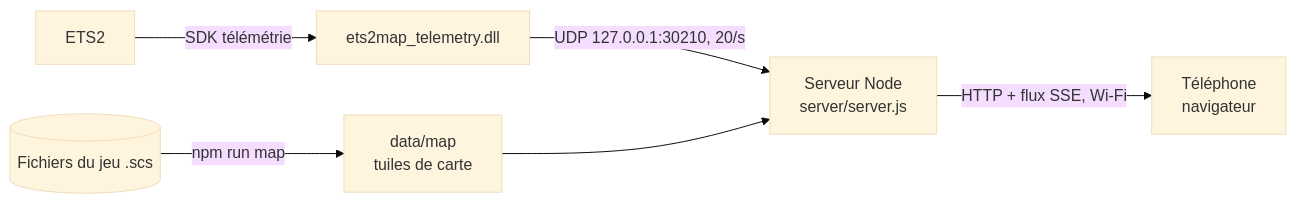
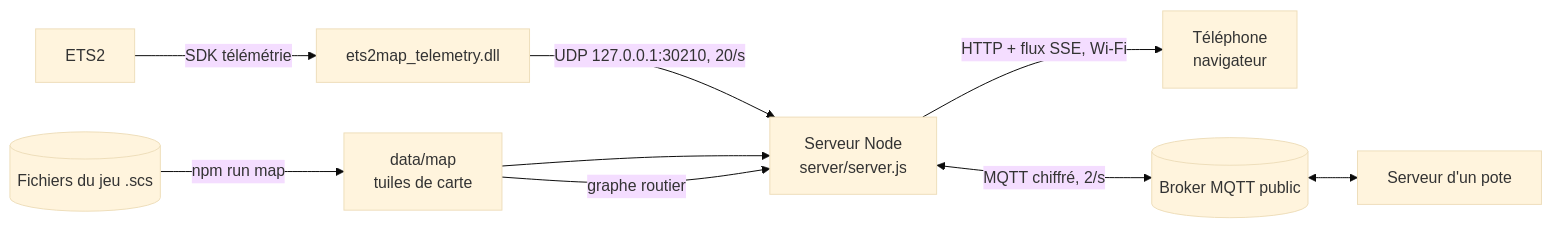
The diagram in README.md (bigohi/ETS2-Map), drawn with Mermaid (base theme) before and after one commit. The commit also changed other lines of this file and 18 other files, not shown here.

````diff
--- a/README.md
+++ b/README.md
@@ -5,8 +5,11 @@
 ```mermaid
 flowchart LR
   G[ETS2] -->|SDK télémétrie| P[ets2map_telemetry.dll]
   P -->|UDP 127.0.0.1:30210, 20/s| S[Serveur Node<br/>server/server.js]
   F[(Fichiers du jeu .scs)] -->|npm run map| M[data/map<br/>tuiles de carte]
   M --> S
   S -->|HTTP + flux SSE, Wi-Fi| T[Téléphone<br/>navigateur]
+  M -->|graphe routier| S
+  S <-->|MQTT chiffré, 2/s| B[(Broker MQTT public)]
+  B <--> S2[Serveur d'un pote]
 ```
````
